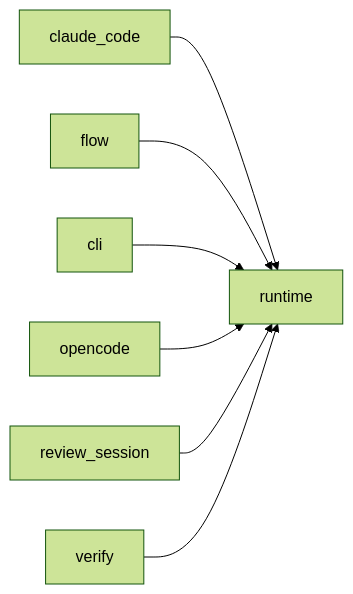
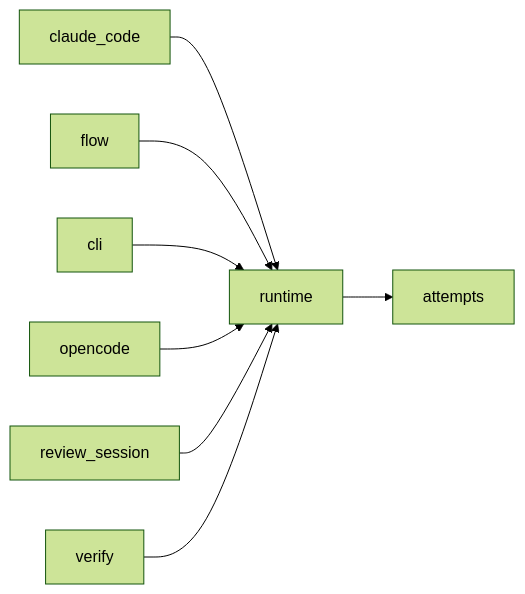
Before and after one commit to plaplanche/ariane: the diagram in docs/architecture/modules/runtime.md, drawn with Mermaid (forest theme). The commit also changed other lines of this file and 23 other files, not shown here.

````diff
--- a/docs/architecture/modules/runtime.md
+++ b/docs/architecture/modules/runtime.md
@@ -17,9 +17,10 @@
 ```mermaid
 flowchart LR
   claude_code --> runtime
+  runtime --> attempts
   flow --> runtime
   cli --> runtime
   opencode --> runtime
   review_session --> runtime
   verify --> runtime
 ```
````
